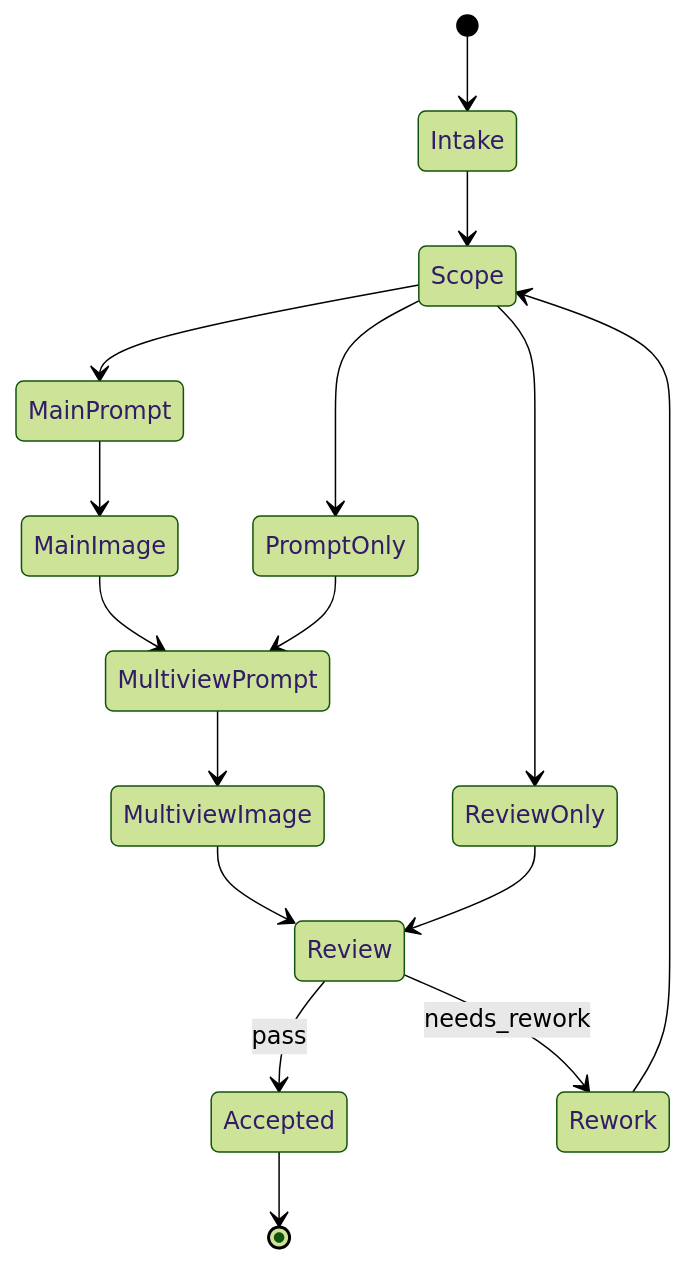
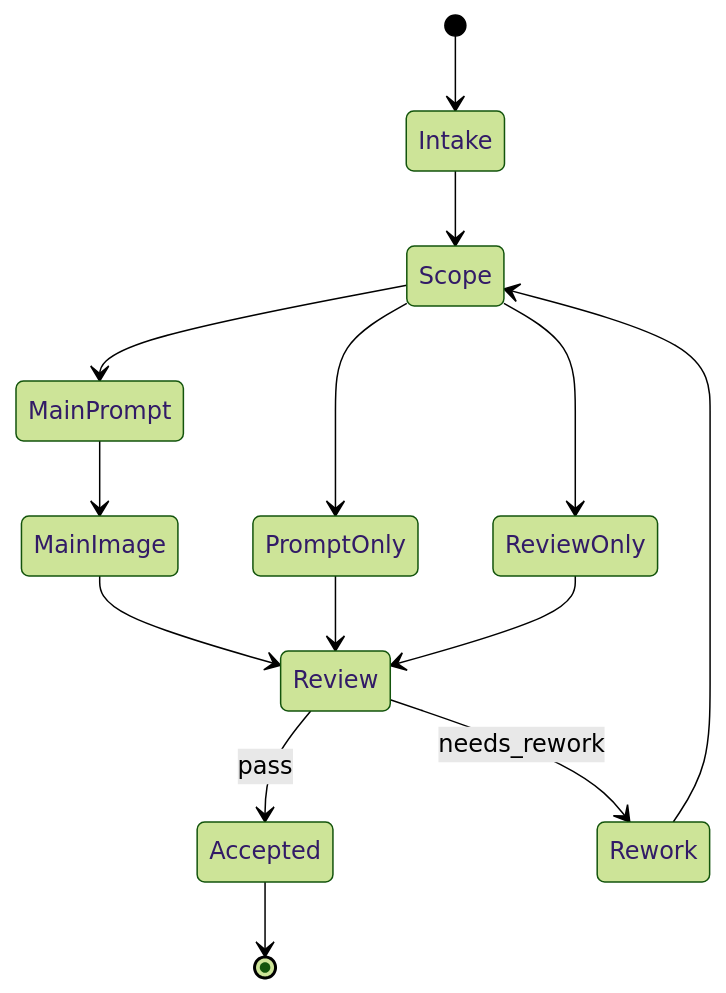
The second of 2 diagrams in .agents/skills/aigc/3-主体/道具/3-生成/SKILL.md (ZEN-VOID/AI-CUT), drawn with Mermaid (forest theme) before and after one commit. The commit also changed other lines of this file and 49 other files, not shown here.

````diff
--- a/.agents/skills/aigc/3-主体/道具/3-生成/SKILL.md
+++ b/.agents/skills/aigc/3-主体/道具/3-生成/SKILL.md
@@ -278,18 +282,16 @@
 ```mermaid
 stateDiagram-v2
     [*] --> Intake
     Intake --> Scope
     Scope --> PromptOnly
     Scope --> MainPrompt
     Scope --> ReviewOnly
     MainPrompt --> MainImage
-    MainImage --> MultiviewPrompt
-    PromptOnly --> MultiviewPrompt
-    MultiviewPrompt --> MultiviewImage
-    MultiviewImage --> Review
+    MainImage --> Review
+    PromptOnly --> Review
     ReviewOnly --> Review
     Review --> Accepted: pass
     Review --> Rework: needs_rework
     Rework --> Scope
     Accepted --> [*]
 ```
````
